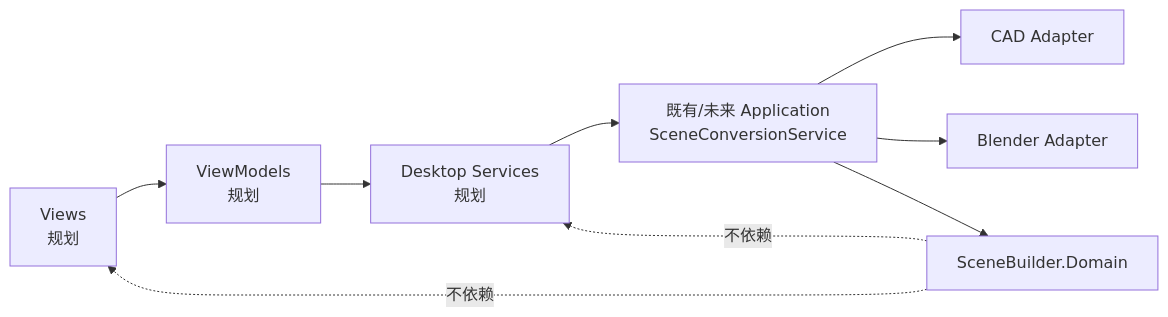
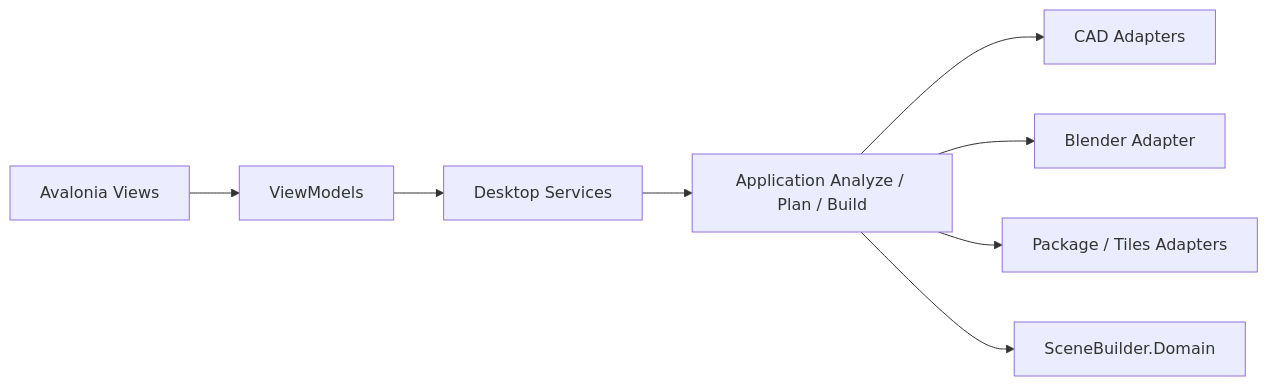
The diagram in docs/superpowers/specs/2026-07-30-scene-builder-avalonia-desktop-design.md (mrricardo16/scene-builder), drawn with Mermaid before and after one commit. The commit also changed other lines of this file and 31 other files, not shown here.

Commit message:
Document current Scene Builder capabilities and desktop roadmap

````diff
--- a/docs/superpowers/specs/2026-07-30-scene-builder-avalonia-desktop-design.md
+++ b/docs/superpowers/specs/2026-07-30-scene-builder-avalonia-desktop-design.md
@@ -15,11 +11,10 @@
 ```mermaid
 flowchart LR
-  V[Views\n规划] --> VM[ViewModels\n规划]
-  VM --> DS[Desktop Services\n规划]
-  DS --> APP[既有/未来 Application\nSceneConversionService]
-  APP --> CAD[CAD Adapter]
-  APP --> B[Blender Adapter]
-  APP --> D[SceneBuilder.Domain]
-  D -. 不依赖 .-> DS
-  D -. 不依赖 .-> V
+  V["Avalonia Views"] --> VM["ViewModels"]
+  VM --> DS["Desktop Services"]
+  DS --> APP["Application Analyze / Plan / Build"]
+  APP --> CAD["CAD Adapters"]
+  APP --> B["Blender Adapter"]
+  APP --> P["Package / Tiles Adapters"]
+  APP --> D["SceneBuilder.Domain"]
 ```
````
